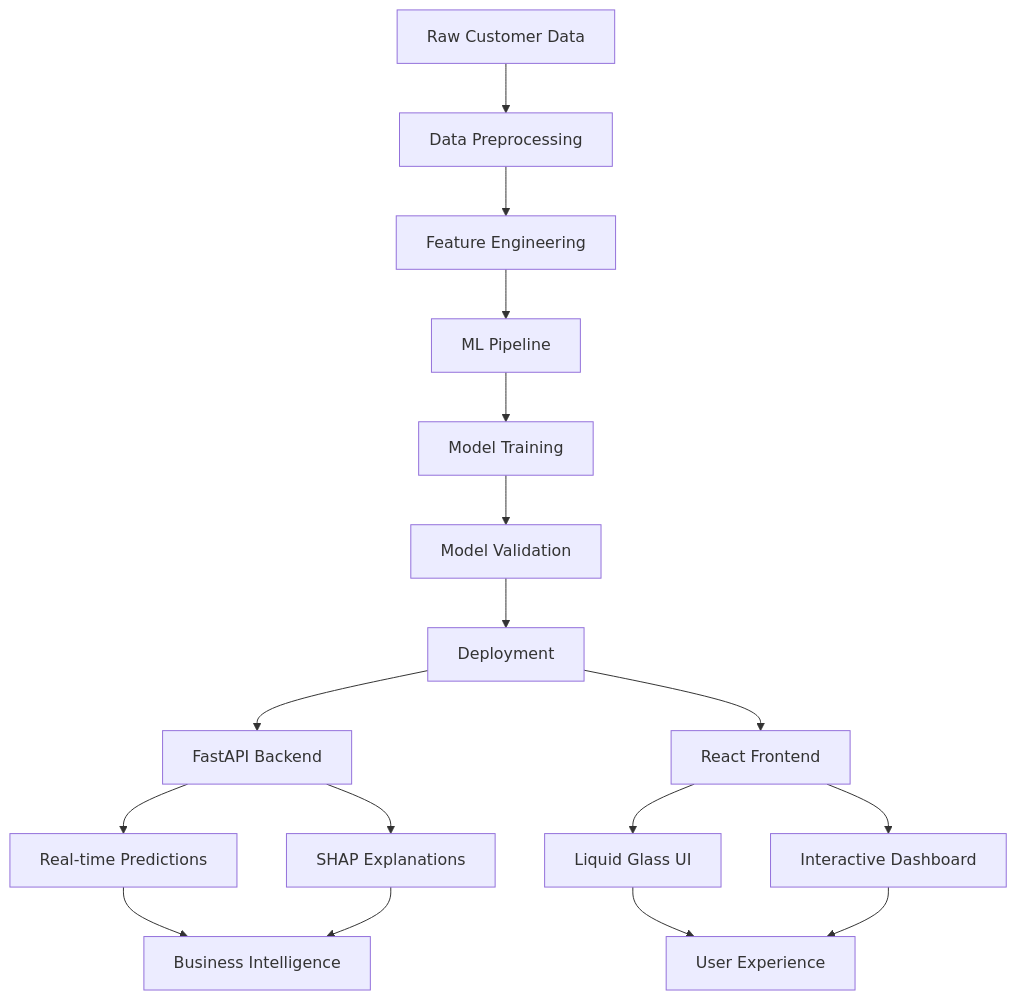
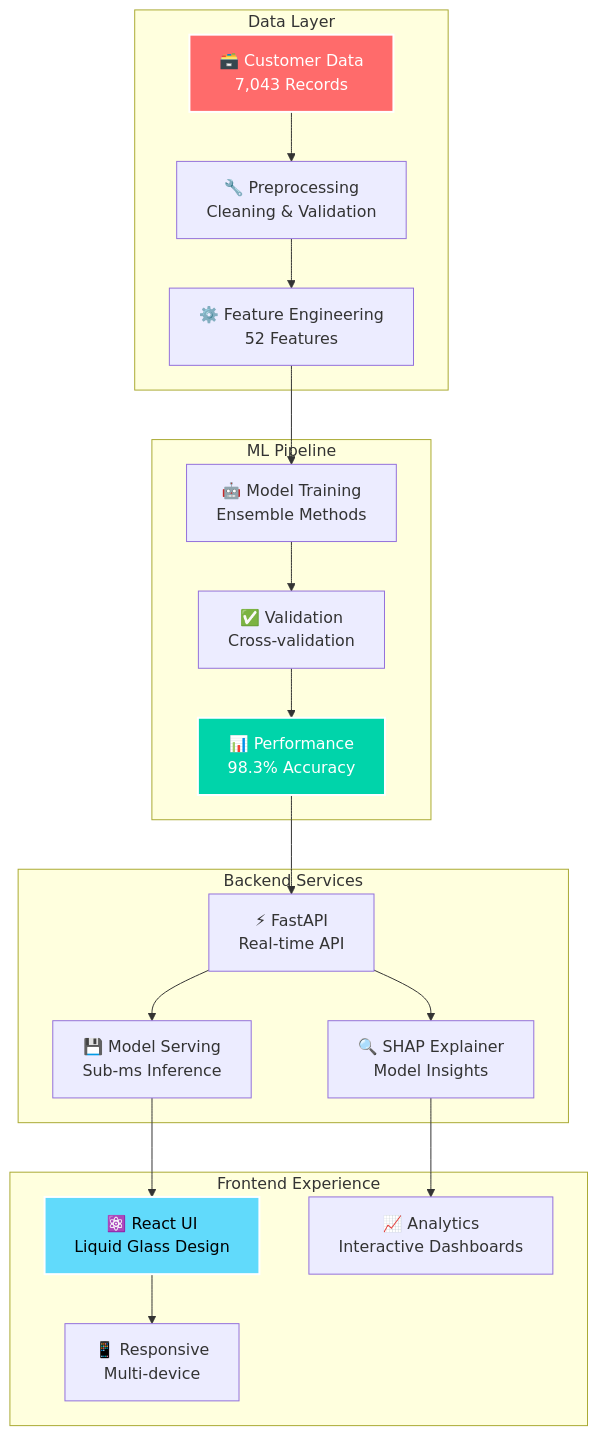
One commit to S-T-R-A-N-G-E-R/churn_prediction_app changed the first of 2 diagrams in README.md. Above: the diagram before and after it, drawn with Mermaid. The commit also changed other lines of this file, not shown here.

````diff
--- a/README.md
+++ b/README.md
@@ -146,22 +147,29 @@
 ```mermaid
 graph TB
-    A[Raw Customer Data] --> B[Data Preprocessing]
-    B --> C[Feature Engineering]
-    C --> D[ML Pipeline]
-    D --> E[Model Training]
-    E --> F[Model Validation]
-    F --> G[Deployment]
+    subgraph "Data Layer"
+        A[🗃️ Customer Data<br/>7,043 Records] --> B[🔧 Preprocessing<br/>Cleaning & Validation]
+        B --> C[⚙️ Feature Engineering<br/>52 Features]
+    end
     
-    G --> H[FastAPI Backend]
-    G --> I[React Frontend]
+    subgraph "ML Pipeline"
+        C --> D[🤖 Model Training<br/>Ensemble Methods]
+        D --> E[✅ Validation<br/>Cross-validation]
+        E --> F[📊 Performance<br/>98.3% Accuracy]
+    end
     
-    H --> J[Real-time Predictions]
-    H --> K[SHAP Explanations]
-    I --> L[Liquid Glass UI]
-    I --> M[Interactive Dashboard]
+    subgraph "Backend Services"
+        F --> G[⚡ FastAPI<br/>Real-time API]
+        G --> H[🔍 SHAP Explainer<br/>Model Insights]
+        G --> I[💾 Model Serving<br/>Sub-ms Inference]
+    end
     
-    J --> N[Business Intelligence]
-    K --> N
-    L --> O[User Experience]
-    M --> O
+    subgraph "Frontend Experience"
+        I --> J[⚛️ React UI<br/>Liquid Glass Design]
+        H --> K[📈 Analytics<br/>Interactive Dashboards]
+        J --> L[📱 Responsive<br/>Multi-device]
+    end
+    
+    style A fill:#ff6b6b,stroke:#fff,stroke-width:2px,color:#fff
+    style F fill:#00d4aa,stroke:#fff,stroke-width:2px,color:#fff
+    style J fill:#61dafb,stroke:#fff,stroke-width:2px,color:#000
 ```
````
